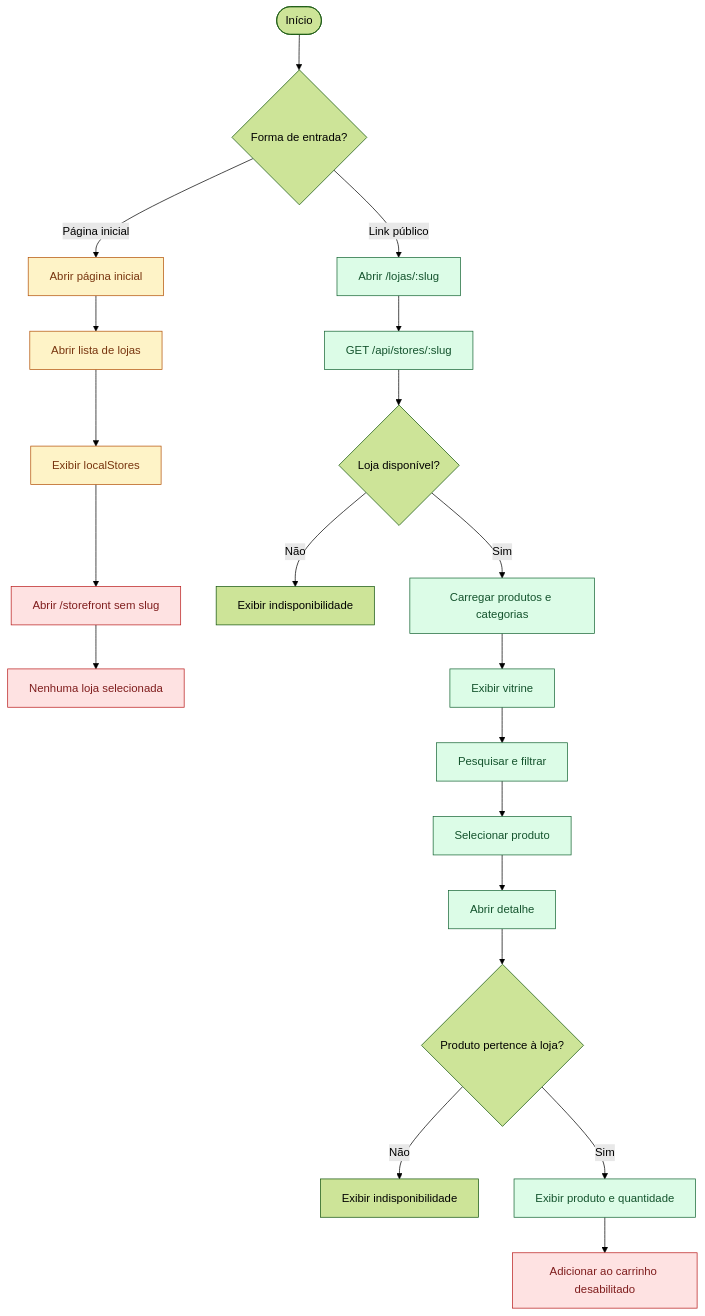
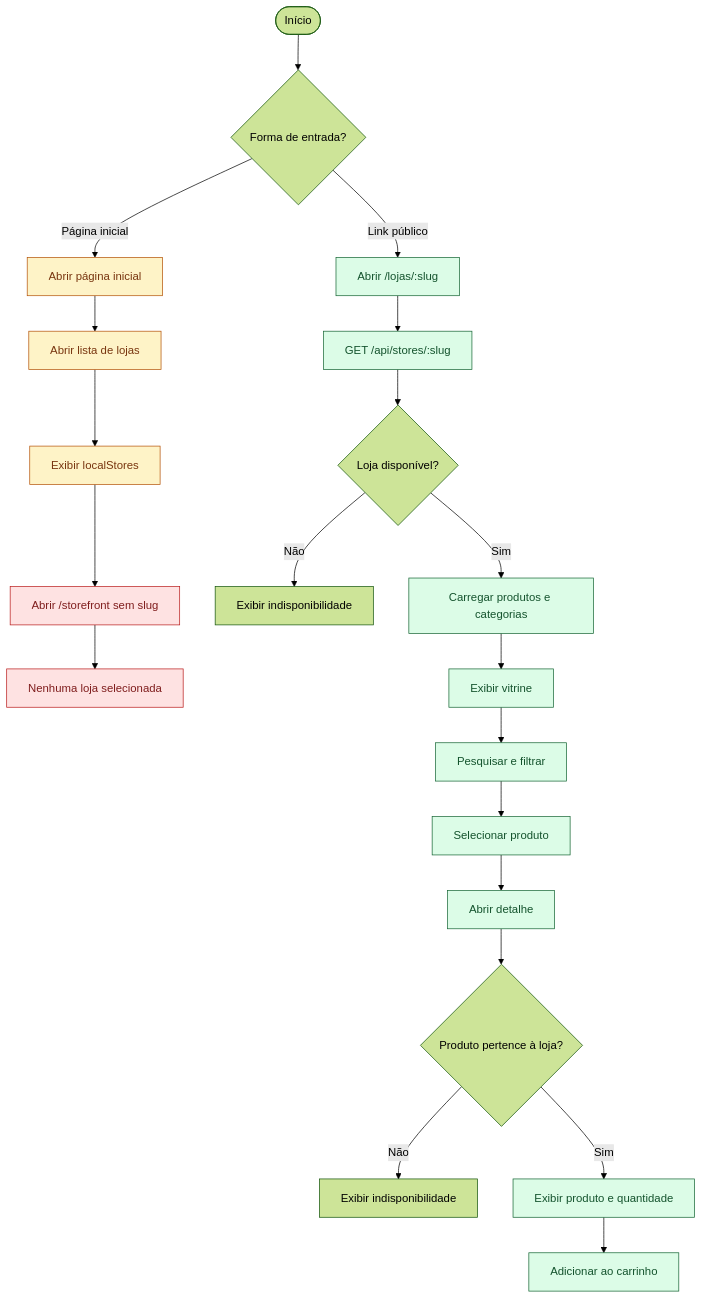
The first of 2 diagrams in docs/diagrams/flows/flow-consumidor.md (MailsonSousa88/pedeaqui), drawn with Mermaid (forest theme) before and after one commit. The commit also changed other lines of this file and 5 other files, not shown here.

````diff
--- a/docs/diagrams/flows/flow-consumidor.md
+++ b/docs/diagrams/flows/flow-consumidor.md
@@ -9,32 +9,32 @@
 ```mermaid
 flowchart TD
     start([Início]) --> entry{"Forma de entrada?"}
 
     entry -->|Página inicial| home["Abrir página inicial"]
     home --> stores["Abrir lista de lojas"]
     stores --> localData["Exibir localStores"]
     localData --> genericRoute["Abrir /storefront sem slug"]
     genericRoute --> missingStore["Nenhuma loja selecionada"]
 
     entry -->|Link público| publicUrl["Abrir /lojas/:slug"]
     publicUrl --> getStore["GET /api/stores/:slug"]
     getStore --> availableStore{"Loja disponível?"}
     availableStore -->|Não| storeError["Exibir indisponibilidade"]
     availableStore -->|Sim| getCatalog["Carregar produtos e categorias"]
     getCatalog --> storefront["Exibir vitrine"]
     storefront --> search["Pesquisar e filtrar"]
     search --> selectProduct["Selecionar produto"]
     selectProduct --> productUrl["Abrir detalhe"]
     productUrl --> validateProduct{"Produto pertence à loja?"}
     validateProduct -->|Não| productError["Exibir indisponibilidade"]
     validateProduct -->|Sim| productDetail["Exibir produto e quantidade"]
-    productDetail --> addDisabled["Adicionar ao carrinho desabilitado"]
+    productDetail --> addToCart["Adicionar ao carrinho"]
 
     classDef integrated fill:#dcfce7,stroke:#166534,color:#14532d;
     classDef partial fill:#fef3c7,stroke:#b45309,color:#78350f;
     classDef blocked fill:#fee2e2,stroke:#b91c1c,color:#7f1d1d;
 
-    class publicUrl,getStore,getCatalog,storefront,search,selectProduct,productUrl,productDetail integrated;
+    class publicUrl,getStore,getCatalog,storefront,search,selectProduct,productUrl,productDetail,addToCart integrated;
     class home,stores,localData partial;
-    class genericRoute,missingStore,addDisabled blocked;
+    class genericRoute,missingStore blocked;
 ```
````
